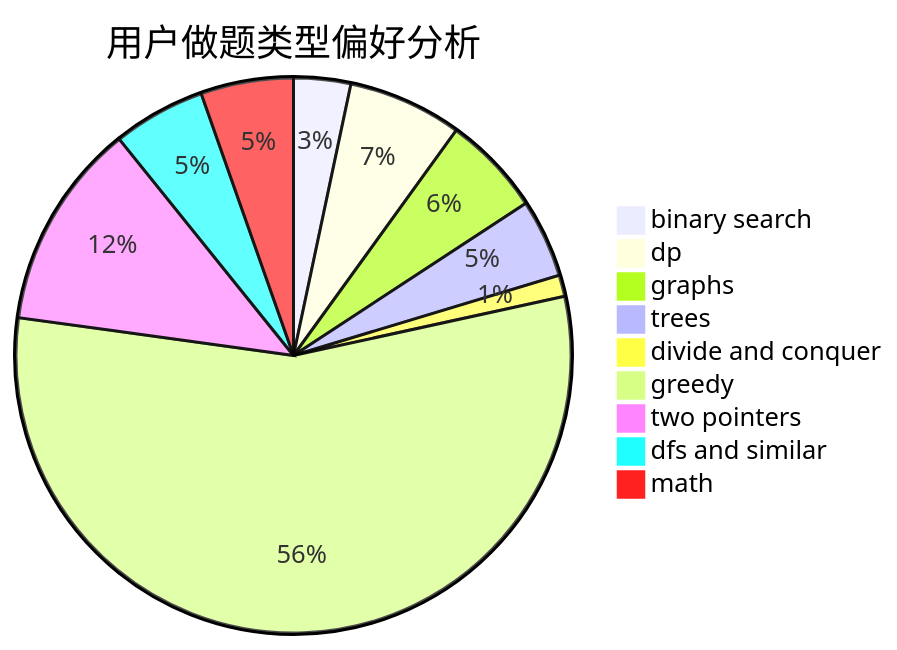
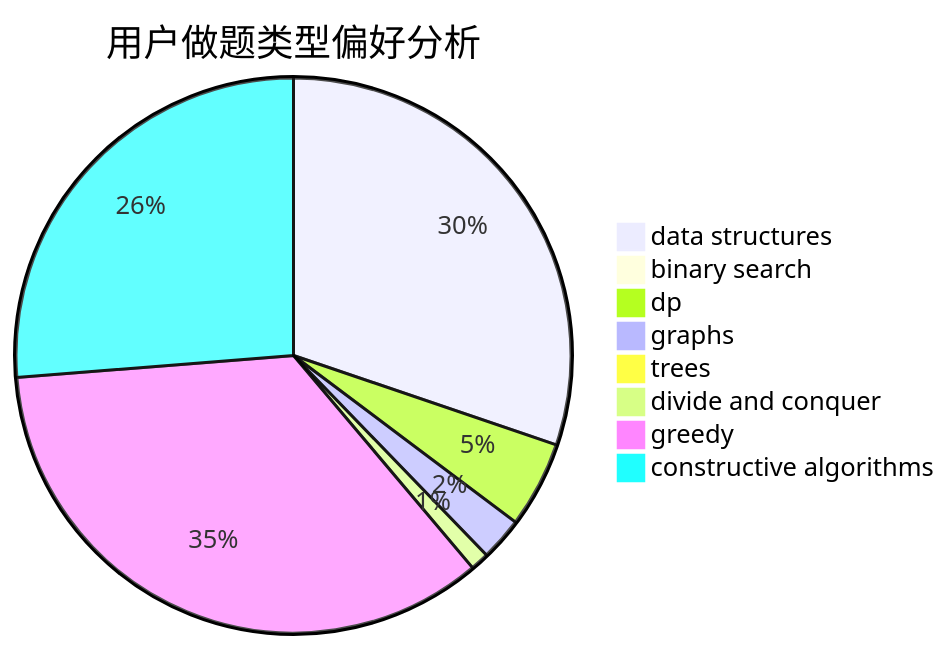
The second of 3 diagrams in docs/user/u890.md (sherpahu/cfrs.github.io), drawn with Mermaid before and after one commit. The commit also changed other lines of this file and 2775 other files, not shown here.

````diff
--- a/docs/user/u890.md
+++ b/docs/user/u890.md
@@ -23,12 +23,11 @@
 ```mermaid
 pie title 用户做题类型偏好分析
-    "binary search" :  8
-    "dp" :  16
-    "graphs" :  14
-    "trees" :  11
+    "data structures" :  84
+    "binary search" :  1
+    "dp" :  14
+    "graphs" :  7
+    "trees" :  2
     "divide and conquer" :  3
-    "greedy" :  134
-    "two pointers" :  29
-    "dfs and similar" :  13
-    "math" :  13
+    "greedy" :  97
+    "constructive algorithms" :  73
 ```
````
